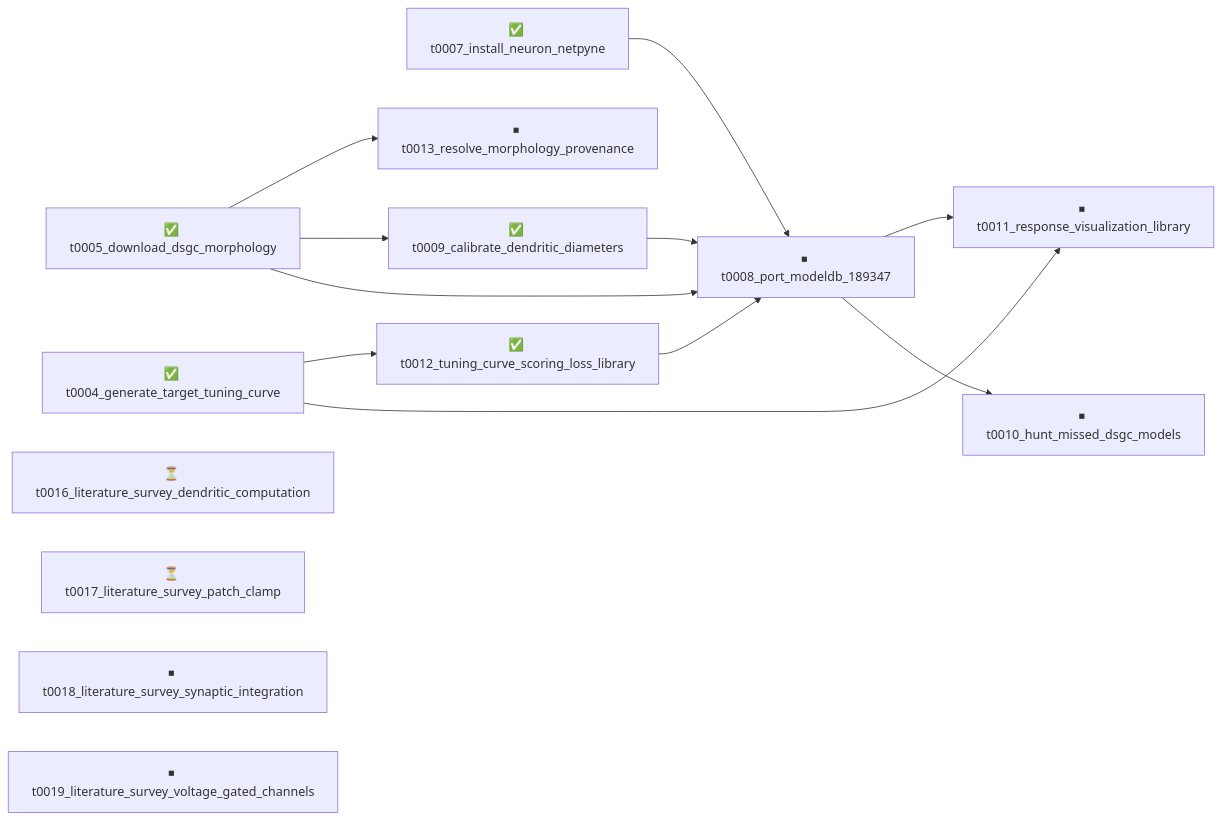
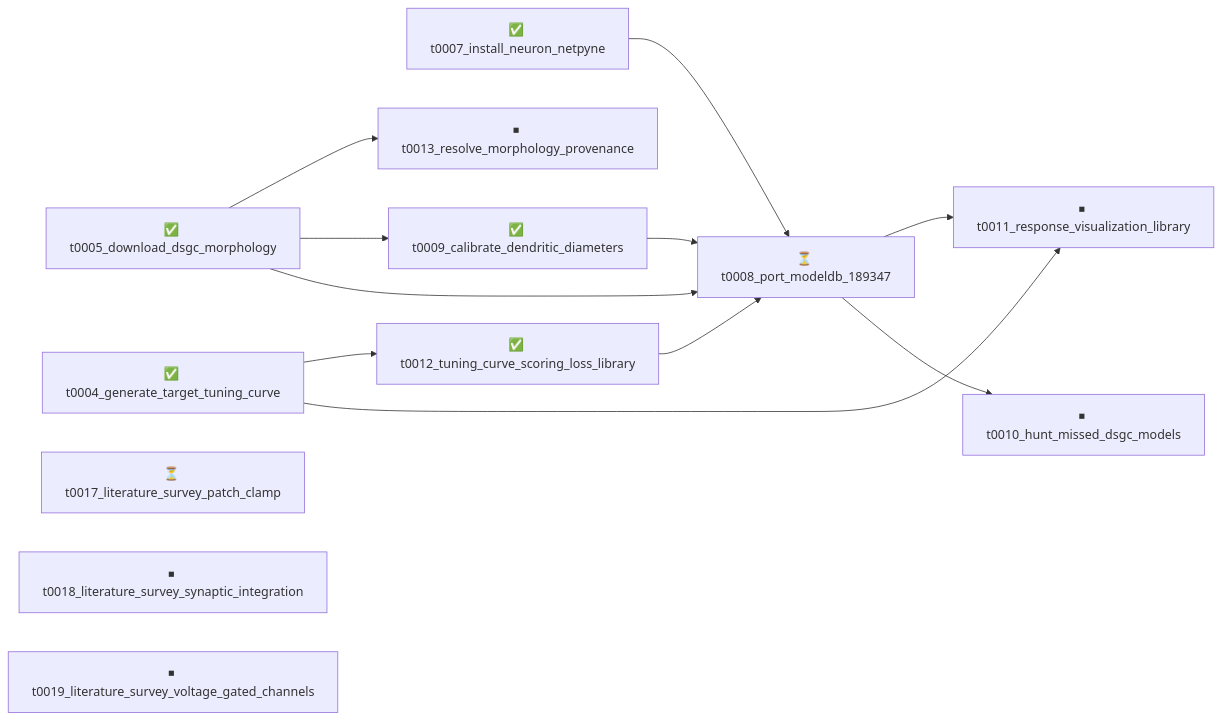
Before and after one commit to tonza17/neuron-channels: the diagram in overview/tasks/README.md, drawn with Mermaid. The commit also changed other lines of this file and 52 other files, not shown here.

Commit message:
overview: refresh after t0016_literature_survey_dendritic_computation merge

````diff
--- a/overview/tasks/README.md
+++ b/overview/tasks/README.md
@@ -13,27 +13,26 @@
 ```mermaid
 graph LR
     t0004_generate_target_tuning_curve["✅ t0004_generate_target_tuning_curve"]
     t0005_download_dsgc_morphology["✅ t0005_download_dsgc_morphology"]
     t0007_install_neuron_netpyne["✅ t0007_install_neuron_netpyne"]
-    t0008_port_modeldb_189347["⏹ t0008_port_modeldb_189347"]
+    t0008_port_modeldb_189347["⏳ t0008_port_modeldb_189347"]
     t0009_calibrate_dendritic_diameters["✅ t0009_calibrate_dendritic_diameters"]
     t0010_hunt_missed_dsgc_models["⏹ t0010_hunt_missed_dsgc_models"]
     t0011_response_visualization_library["⏹ t0011_response_visualization_library"]
     t0012_tuning_curve_scoring_loss_library["✅ t0012_tuning_curve_scoring_loss_library"]
     t0013_resolve_morphology_provenance["⏹ t0013_resolve_morphology_provenance"]
-    t0016_literature_survey_dendritic_computation["⏳ t0016_literature_survey_dendritic_computation"]
     t0017_literature_survey_patch_clamp["⏳ t0017_literature_survey_patch_clamp"]
     t0018_literature_survey_synaptic_integration["⏹ t0018_literature_survey_synaptic_integration"]
     t0019_literature_survey_voltage_gated_channels["⏹ t0019_literature_survey_voltage_gated_channels"]
 
     t0005_download_dsgc_morphology --> t0008_port_modeldb_189347
     t0007_install_neuron_netpyne --> t0008_port_modeldb_189347
     t0009_calibrate_dendritic_diameters --> t0008_port_modeldb_189347
     t0012_tuning_curve_scoring_loss_library --> t0008_port_modeldb_189347
     t0005_download_dsgc_morphology --> t0009_calibrate_dendritic_diameters
     t0008_port_modeldb_189347 --> t0010_hunt_missed_dsgc_models
     t0004_generate_target_tuning_curve --> t0011_response_visualization_library
     t0008_port_modeldb_189347 --> t0011_response_visualization_library
     t0004_generate_target_tuning_curve --> t0012_tuning_curve_scoring_loss_library
     t0005_download_dsgc_morphology --> t0013_resolve_morphology_provenance
 ```
````
